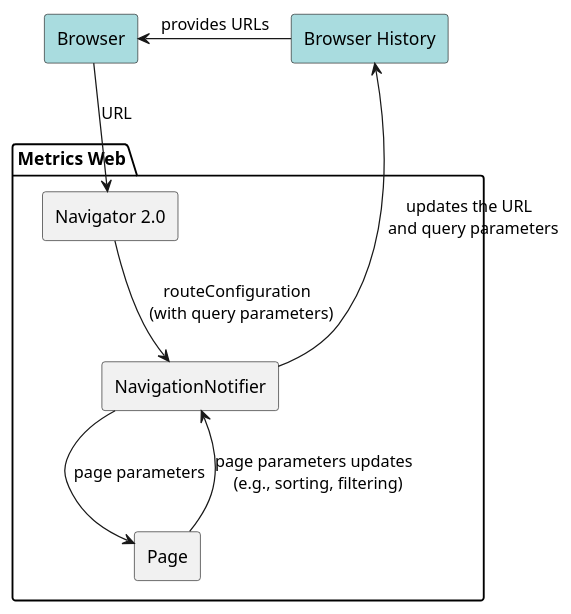
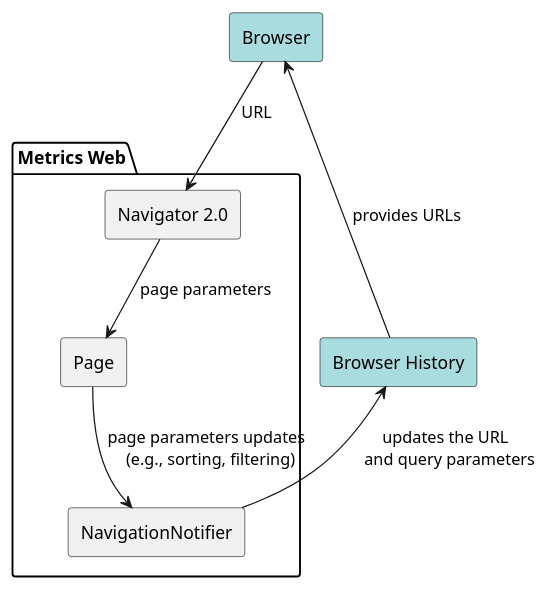
One commit to Flank/flank-dashboard changed the diagram in metrics/web/docs/features/deep_links/diagrams/route_parameters_approach_component_diagram.puml. Above: the diagram before and after it, drawn with PlantUML. The commit also changed 3 other files, not shown here.

```diff
--- a/metrics/web/docs/features/deep_links/diagrams/route_parameters_approach_component_diagram.puml
+++ b/metrics/web/docs/features/deep_links/diagrams/route_parameters_approach_component_diagram.puml
@@ -1,22 +1,21 @@
 @startuml route_parameters_approach_component_diagram
 
 skinparam componentStyle rectangle
 
 component Browser #A9DCDF
 component "Browser History" as History #A9DCDF
 
 package "Metrics Web" {
     component "Navigator 2.0" as Navigator
     component NavigationNotifier
     component Page
 }
 
 History -left-> Browser : provides URLs
 Browser --> Navigator : URL
-Navigator --> NavigationNotifier : routeConfiguration \n (with query parameters)
-NavigationNotifier --> Page : page parameters
+Navigator --> Page : page parameters
 NavigationNotifier -up-> History : updates the URL \n and query parameters
 
 Page --> NavigationNotifier : page parameters updates \n (e.g., sorting, filtering)
 
 @enduml
```
